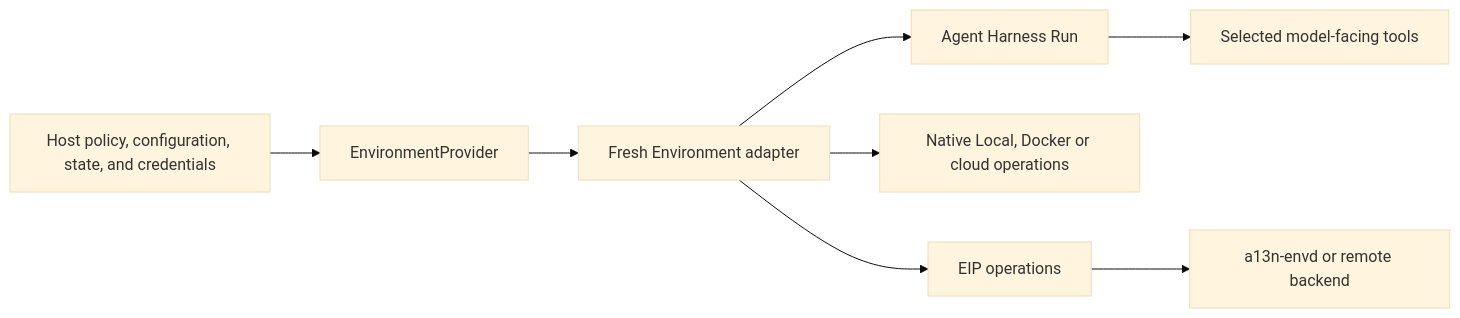
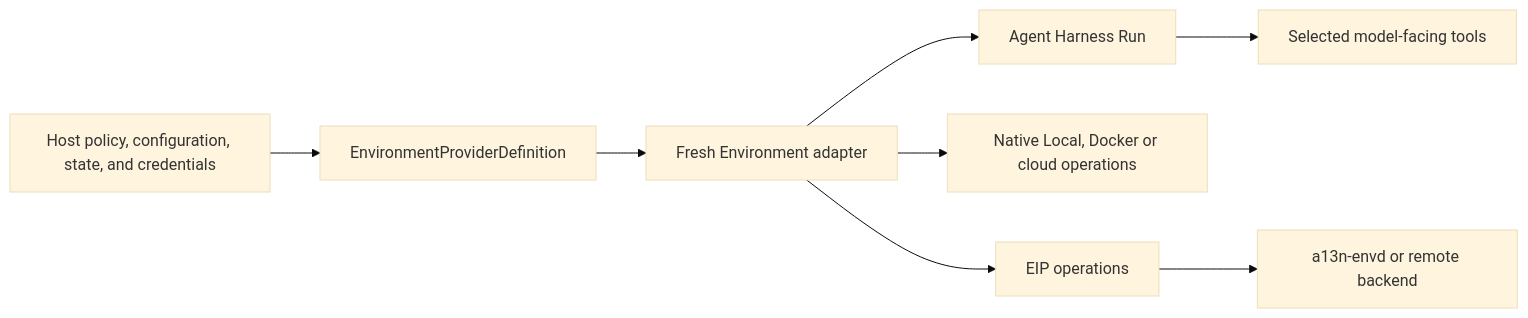
Before and after one commit to converge-ai-labs/agent-foundation: the diagram in docs/environments/index.md, drawn with Mermaid (base theme). The commit also changed other lines of this file and 71 other files, not shown here.

````diff
--- a/docs/environments/index.md
+++ b/docs/environments/index.md
@@ -31,10 +53,10 @@
 ```mermaid
 flowchart LR
-    Host[Host policy, configuration, state, and credentials] --> Provider[EnvironmentProvider]
-    Provider --> Environment[Fresh Environment adapter]
+    Host[Host policy, configuration, state, and credentials] --> Definition[EnvironmentProviderDefinition]
+    Definition --> Environment[Fresh Environment adapter]
     Environment --> Harness[Agent Harness Run]
     Harness --> Tools[Selected model-facing tools]
     Environment --> Direct[Native Local, Docker or cloud operations]
     Environment --> EIP[EIP operations]
     EIP --> Envd[a13n-envd or remote backend]
 ```
````
